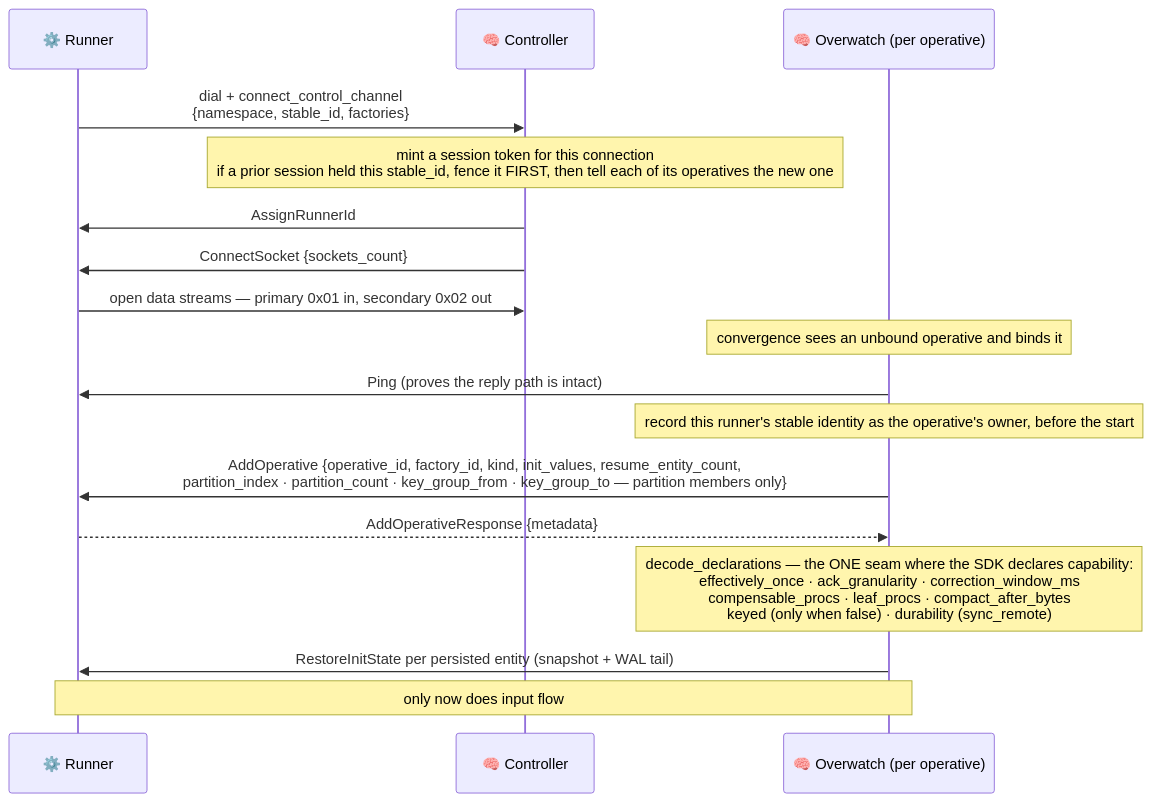
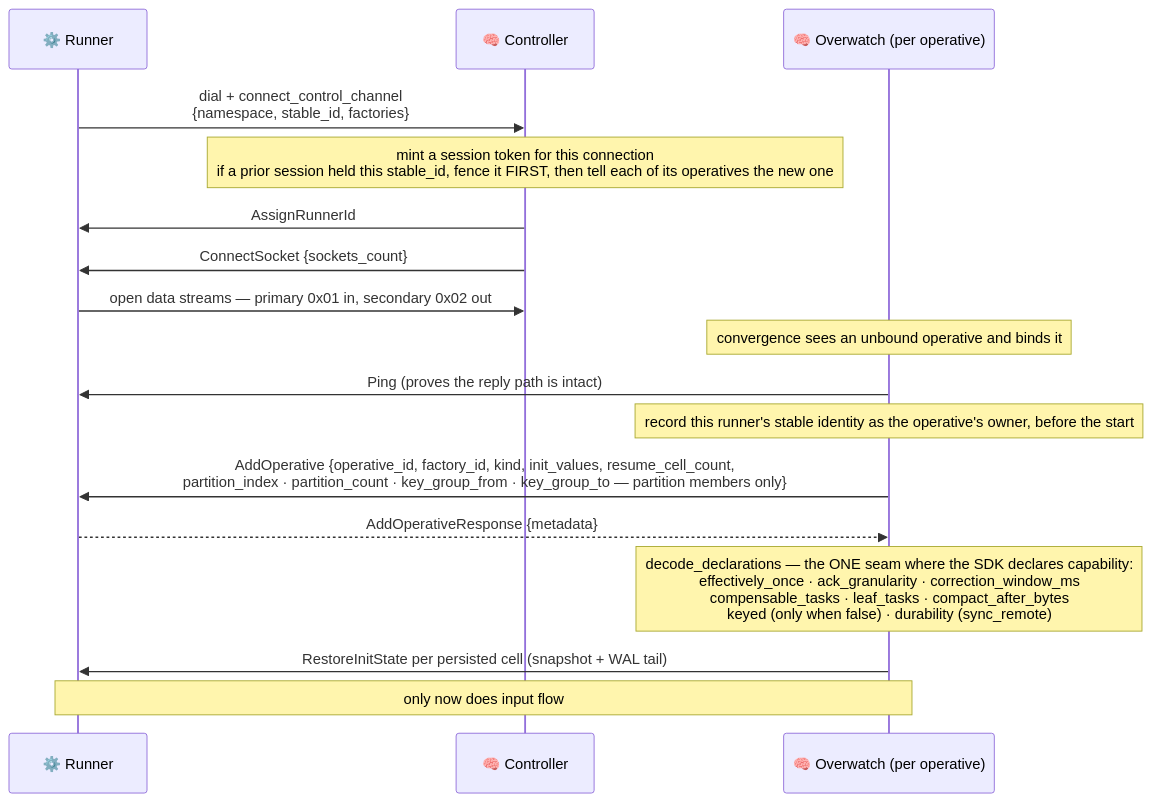
Before and after one commit to Flezha/flezha: the seventh of 9 diagrams in docs/architecture/README.md, drawn with Mermaid. The commit also changed other lines of this file and 604 other files, not shown here.

First line of the commit message:
Rename Procedure to Tasklet and Entity to Cell

````diff
--- a/docs/architecture/README.md
+++ b/docs/architecture/README.md
@@ -395,21 +396,21 @@
 ```mermaid
 sequenceDiagram
     participant EX as ⚙️ Runner
     participant CTRL as 🧠 Controller
     participant OW as 🧠 Overwatch (per operative)
 
     EX->>CTRL: dial + connect_control_channel<br/>{namespace, stable_id, factories}
     Note over CTRL: mint a session token for this connection<br/>if a prior session held this stable_id, fence it FIRST, then tell each of its operatives the new one
     CTRL->>EX: AssignRunnerId
     CTRL->>EX: ConnectSocket {sockets_count}
     EX->>CTRL: open data streams — primary 0x01 in, secondary 0x02 out
 
     Note over OW: convergence sees an unbound operative and binds it
     OW->>EX: Ping (proves the reply path is intact)
     Note over OW: record this runner's stable identity as the operative's owner, before the start
-    OW->>EX: AddOperative {operative_id, factory_id, kind, init_values, resume_entity_count,<br/>partition_index · partition_count · key_group_from · key_group_to — partition members only}
+    OW->>EX: AddOperative {operative_id, factory_id, kind, init_values, resume_cell_count,<br/>partition_index · partition_count · key_group_from · key_group_to — partition members only}
     EX-->>OW: AddOperativeResponse {metadata}
-    Note over OW: decode_declarations — the ONE seam where the SDK declares capability:<br/>effectively_once · ack_granularity · correction_window_ms<br/>compensable_procs · leaf_procs · compact_after_bytes<br/>keyed (only when false) · durability (sync_remote)
-    OW->>EX: RestoreInitState per persisted entity (snapshot + WAL tail)
+    Note over OW: decode_declarations — the ONE seam where the SDK declares capability:<br/>effectively_once · ack_granularity · correction_window_ms<br/>compensable_tasks · leaf_tasks · compact_after_bytes<br/>keyed (only when false) · durability (sync_remote)
+    OW->>EX: RestoreInitState per persisted cell (snapshot + WAL tail)
     Note over OW,EX: only now does input flow
 ```
````
